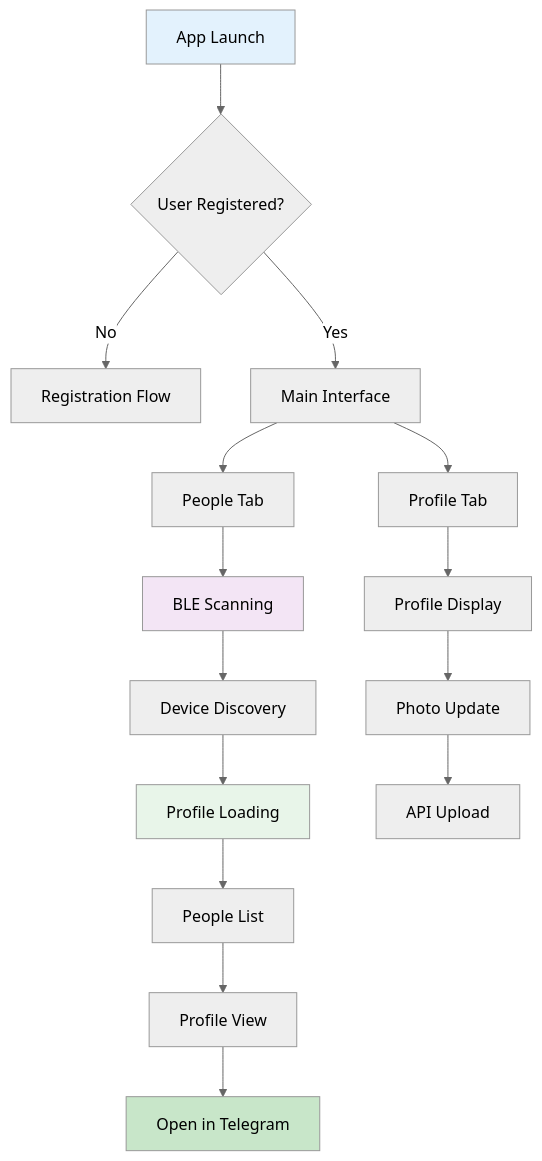
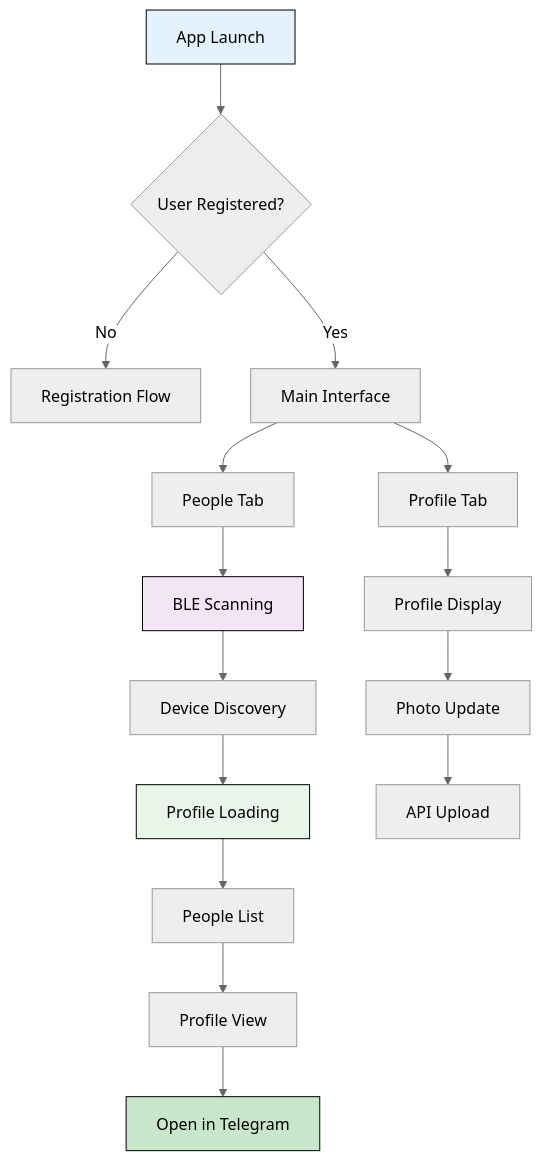
Before and after one commit to hiTechTeam/Telescan-iOS: diagram 11 of 14 in TelescaniOS/WHITEPAPER.md, drawn with Mermaid (neutral theme). The commit also changed other lines of this file, not shown here.

````diff
--- a/TelescaniOS/WHITEPAPER.md
+++ b/TelescaniOS/WHITEPAPER.md
@@ -389,26 +406,26 @@
 ```mermaid
 graph TD
     A[App Launch] --> B{User Registered?}
     B -->|No| C[Registration Flow]
     B -->|Yes| D[Main Interface]
 
     D --> E[People Tab]
     D --> F[Profile Tab]
 
     E --> G[BLE Scanning]
     G --> H[Device Discovery]
     H --> I[Profile Loading]
     I --> J[People List]
 
     J --> K[Profile View]
     K --> L[Open in Telegram]
 
     F --> M[Profile Display]
     M --> N[Photo Update]
     N --> O[API Upload]
 
-    style A fill:#e3f2fd
-    style G fill:#f3e5f5
-    style I fill:#e8f5e9
-    style L fill:#c8e6c9
+    style A fill:#e3f2fd,stroke:#000,color:#000
+    style G fill:#f3e5f5,stroke:#000,color:#000
+    style I fill:#e8f5e9,stroke:#000,color:#000
+    style L fill:#c8e6c9,stroke:#000,color:#000
 ```
````
